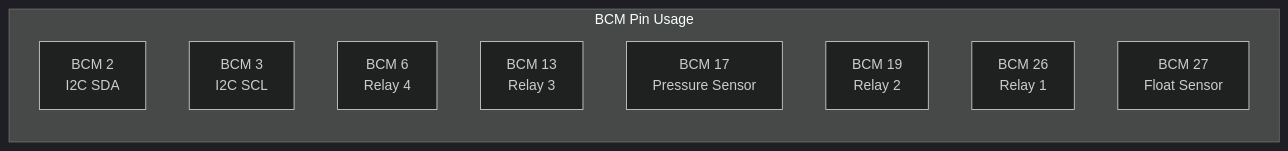
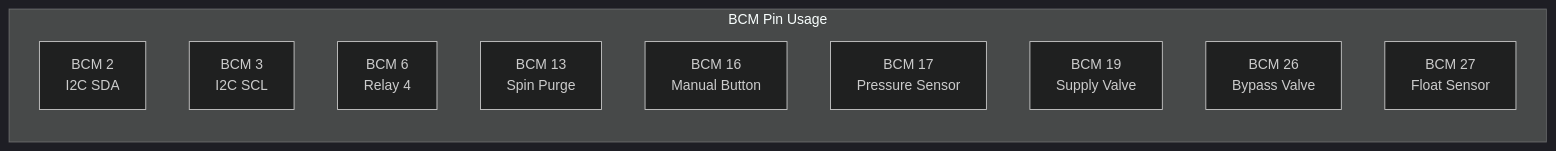
The second of 10 diagrams in overview.md (porttack/pumphouse), drawn with Mermaid (dark theme) before and after one commit. The commit also changed other lines of this file, not shown here.

````diff
--- a/overview.md
+++ b/overview.md
@@ -43,13 +46,14 @@
 ```mermaid
 graph LR
     subgraph "BCM Pin Usage"
         BCM2[BCM 2<br/>I2C SDA]
         BCM3[BCM 3<br/>I2C SCL]
         BCM6[BCM 6<br/>Relay 4]
-        BCM13[BCM 13<br/>Relay 3]
+        BCM13[BCM 13<br/>Spin Purge]
+        BCM16[BCM 16<br/>Manual Button]
         BCM17[BCM 17<br/>Pressure Sensor]
-        BCM19[BCM 19<br/>Relay 2]
-        BCM26[BCM 26<br/>Relay 1]
+        BCM19[BCM 19<br/>Supply Valve]
+        BCM26[BCM 26<br/>Bypass Valve]
         BCM27[BCM 27<br/>Float Sensor]
     end
 ```
````
